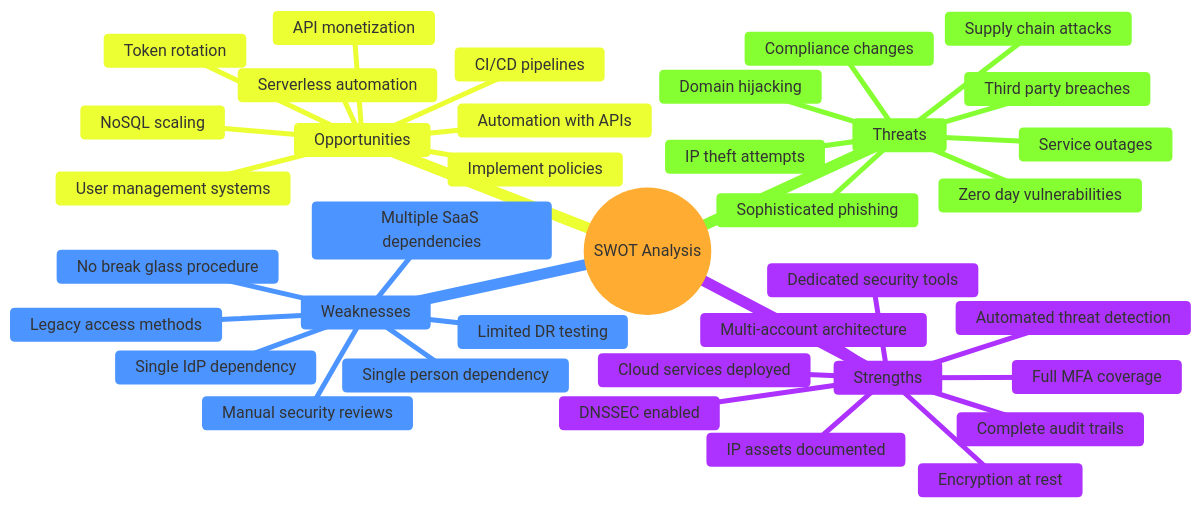
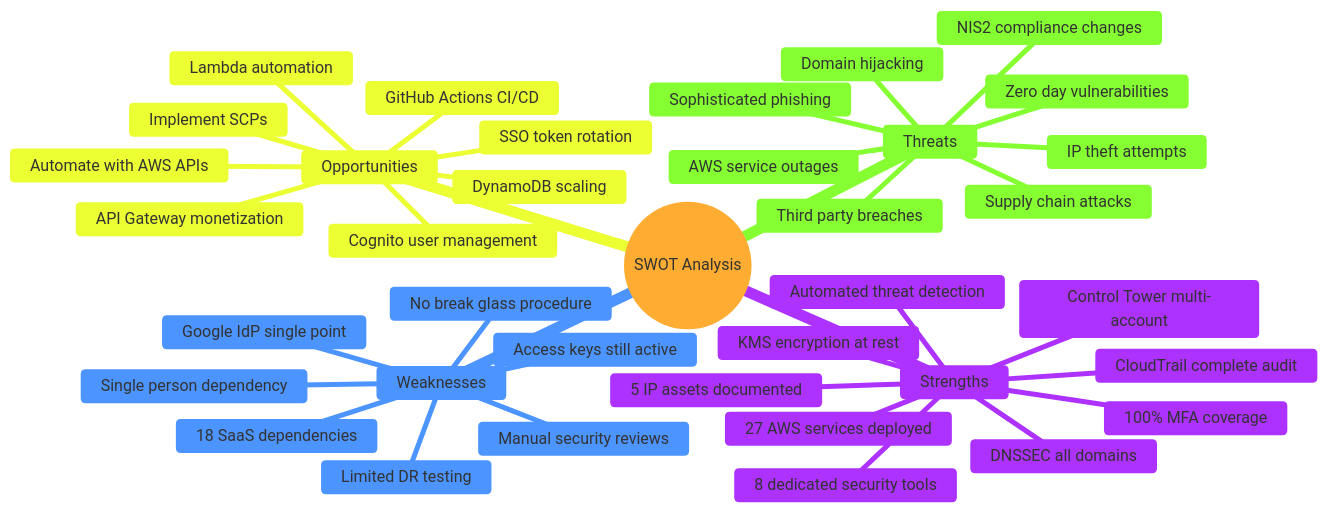
The fifth of 8 diagrams in Asset_Register.md (Hack23/ISMS-PUBLIC), drawn with Mermaid before and after one commit. The commit also changed other lines of this file, not shown here.

````diff
--- a/Asset_Register.md
+++ b/Asset_Register.md
@@ -474,43 +490,43 @@
 ```mermaid
 %%{
   init: { 'theme': 'base', 'themeVariables': { 'primaryColor': '#ffe0b2', 'lineColor': '#fb8c00' } }
 }%%
 mindmap
   root((SWOT Analysis))
     Strengths
-      Cloud services deployed
-      Dedicated security tools
-      Multi-account architecture
-      Full MFA coverage
-      DNSSEC enabled
-      Complete audit trails
-      Encryption at rest
+      27 AWS services deployed
+      8 dedicated security tools
+      Control Tower multi-account
+      100% MFA coverage
+      DNSSEC all domains
+      CloudTrail complete audit
+      KMS encryption at rest
       Automated threat detection
-      IP assets documented
+      5 IP assets documented
     Weaknesses
       Single person dependency
-      Legacy access methods
+      Access keys still active
       No break glass procedure
       Limited DR testing
       Manual security reviews
-      Multiple SaaS dependencies
-      Single IdP dependency
+      18 SaaS dependencies
+      Google IdP single point
     Opportunities
-      Automation with APIs
-      Implement policies
-      Token rotation
-      Serverless automation
-      CI/CD pipelines
-      API monetization
-      NoSQL scaling
-      User management systems
+      Automate with AWS APIs
+      Implement SCPs
+      SSO token rotation
+      Lambda automation
+      GitHub Actions CI/CD
+      API Gateway monetization
+      DynamoDB scaling
+      Cognito user management
     Threats
       Supply chain attacks
       Zero day vulnerabilities
-      Service outages
+      AWS service outages
       Sophisticated phishing
-      Compliance changes
+      NIS2 compliance changes
       Third party breaches
       Domain hijacking
       IP theft attempts
 ```
````
